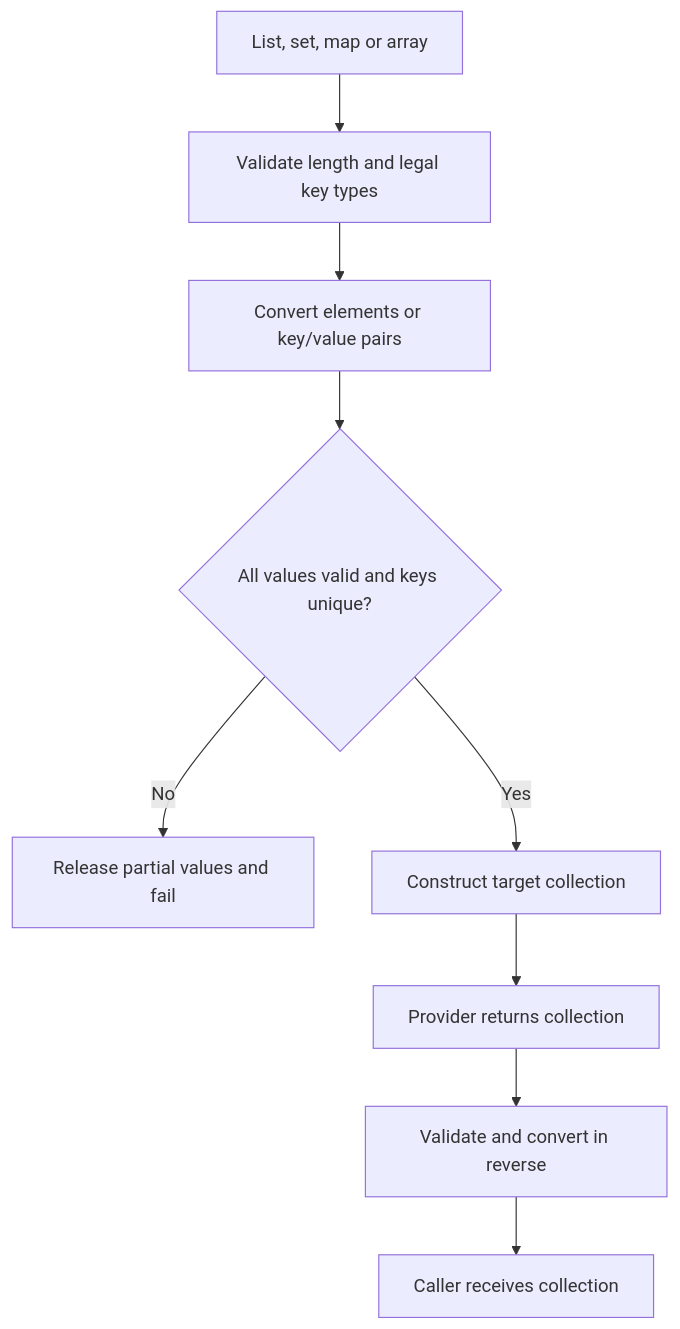
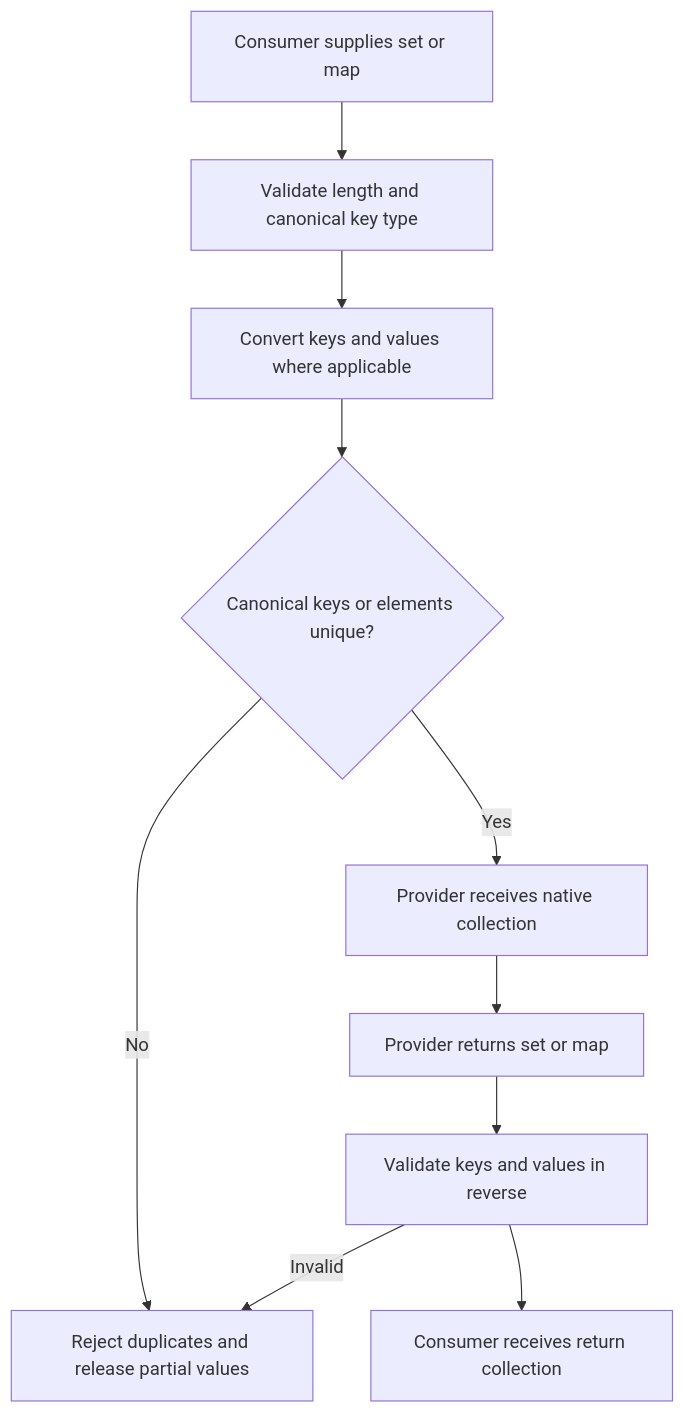
The ninth of 39 diagrams in PROJECT.md (polyglue/polyglue), drawn with Mermaid before and after one commit. The commit also changed other lines of this file and 2 other files, not shown here.

Commit message:
docs: clarify callback contracts and bidirectional feature flows

````diff
--- a/PROJECT.md
+++ b/PROJECT.md
@@ -983,11 +1039,12 @@
 ```mermaid
 flowchart TD
-    A["List, set, map or array"] --> B["Validate length and legal key types"]
-    B --> C["Convert elements or key/value pairs"]
-    C --> D{"All values valid and keys unique?"}
-    D -->|No| E["Release partial values and fail"]
-    D -->|Yes| F["Construct target collection"]
-    F --> G["Provider returns collection"]
-    G --> H["Validate and convert in reverse"]
-    H --> I["Caller receives collection"]
+    A["Consumer supplies set or map"] --> B["Validate length and canonical key type"]
+    B --> C["Convert keys and values where applicable"]
+    C --> D{"Canonical keys or elements unique?"}
+    D -->|No| X["Reject duplicates and release partial values"]
+    D -->|Yes| E["Provider receives native collection"]
+    E --> F["Provider returns set or map"]
+    F --> G["Validate keys and values in reverse"]
+    G --> H["Consumer receives return collection"]
+    G -->|Invalid| X
 ```
````
